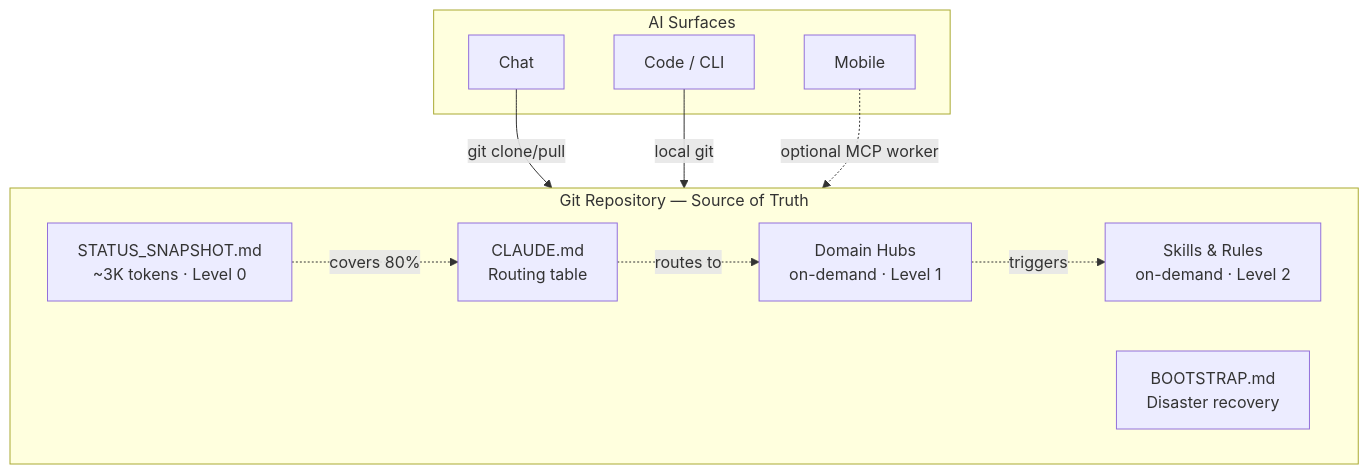
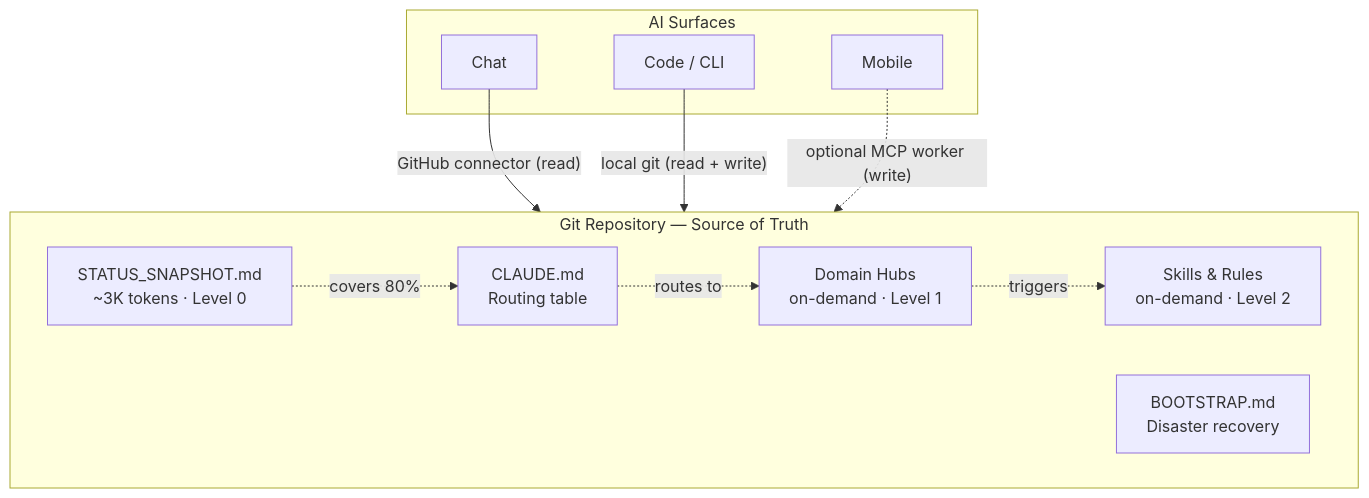
The diagram in README.md (a-pap/memex), drawn with Mermaid before and after one commit. The commit also changed other lines of this file and 7 other files, not shown here.

First line of the commit message:
docs: read your memory in Claude chat & Projects via the GitHub connector (v2.6)

````diff
--- a/README.md
+++ b/README.md
@@ -123,24 +122,24 @@
 ```mermaid
 graph TB
     subgraph surfaces["AI Surfaces"]
         chat["Chat"]
         code["Code / CLI"]
         mobile["Mobile"]
     end
 
     subgraph repo["Git Repository — Source of Truth"]
         snapshot["STATUS_SNAPSHOT.md\n~3K tokens · Level 0"]
         routing["CLAUDE.md\nRouting table"]
         hubs["Domain Hubs\non-demand · Level 1"]
         skills["Skills & Rules\non-demand · Level 2"]
         bootstrap["BOOTSTRAP.md\nDisaster recovery"]
     end
 
-    chat -->|"git clone/pull"| repo
-    code -->|"local git"| repo
-    mobile -.->|"optional MCP worker"| repo
+    chat -->|"GitHub connector (read)"| repo
+    code -->|"local git (read + write)"| repo
+    mobile -.->|"optional MCP worker (write)"| repo
 
     routing -.->|"routes to"| hubs
     snapshot -.->|"covers 80%"| routing
     hubs -.->|"triggers"| skills
 ```
````
